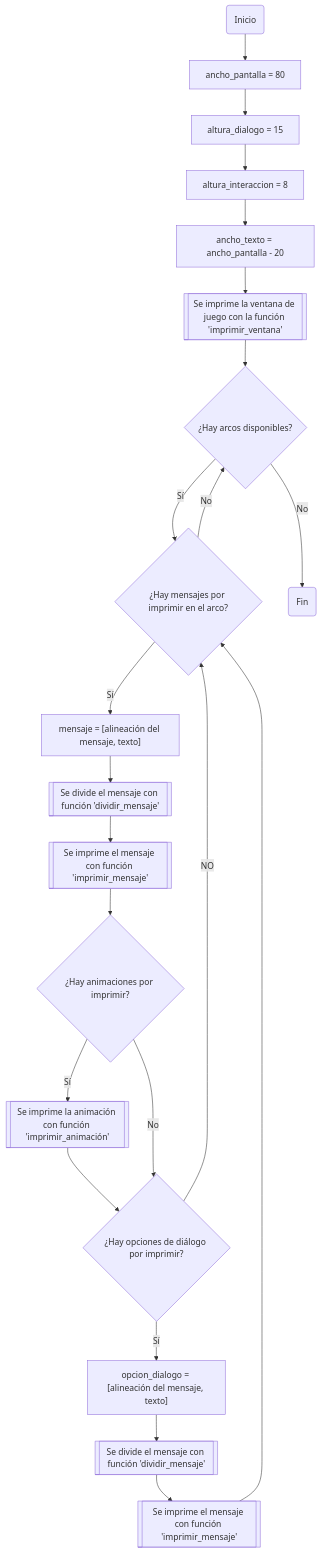
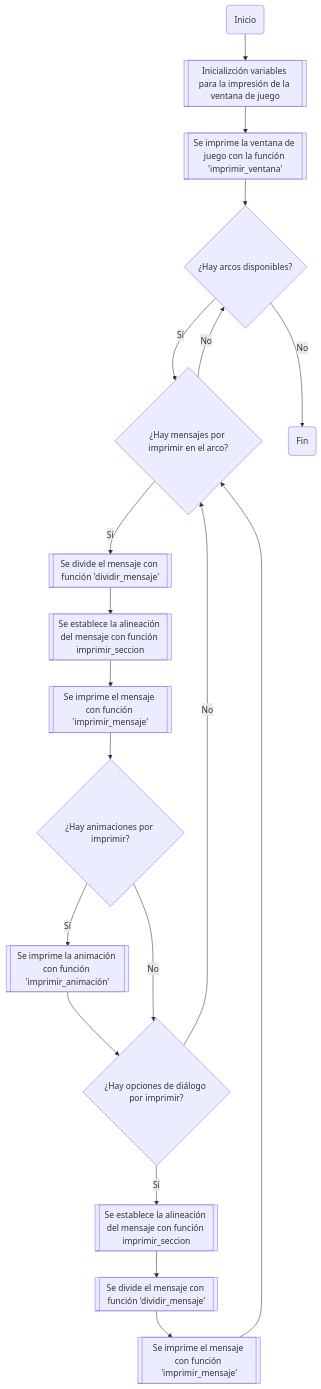
One commit to JuanJoToAl/Juego---Los_vivos_mienten changed the first of 10 diagrams in README.md. Above: the diagram before and after it, drawn with Mermaid. The commit also changed other lines of this file, not shown here.

````diff
--- a/README.md
+++ b/README.md
@@ -14,24 +18,21 @@
 ```mermaid
-flowchart TD
-    A(Inicio) --> B
-    B[ancho_pantalla = 80] -->C[altura_dialogo = 15]
-    C --> D[altura_interaccion = 8]
-    D --> E[ancho_texto = ancho_pantalla - 20]
-    E --> F[["Se imprime la ventana de juego con la función 'imprimir_ventana'"]]
-    F --> G{¿Hay arcos disponibles?}
-    G -- Sí --> H{¿Hay mensajes por imprimir en el arco?}
-        H -- Sí --> I["mensaje = [alineación del mensaje, texto]"]
-            I --> J[["Se divide el mensaje con función 'dividir_mensaje'"]]
-            J --> K[["Se imprime el mensaje con función 'imprimir_mensaje'"]]
-            K --> L{¿Hay animaciones por imprimir?}
-                L -- Sí --> M[["Se imprime la animación con función 'imprimir_animación'"]]
-                    M --> N{¿Hay opciones de diálogo por imprimir?}
-                    N -- Sí --> O["opcion_dialogo = [alineación del mensaje, texto]"]
-                        O --> P[["Se divide el mensaje con función 'dividir_mensaje'"]]
-                        P --> Q[["Se imprime el mensaje con función 'imprimir_mensaje'"]]
-                        Q --> H
-                    N -- NO --> H
-                L -- No --> N
-        H -- No --> G
-    G -- No --> R(Fin)
+flowchart TB
+    A(Inicio) --> B[[Inicializción variables para la impresión de la ventana de juego]]
+    B --> C[["Se imprime la ventana de juego con la función 'imprimir_ventana'"]]
+    C --> D{¿Hay arcos disponibles?}
+    D-- Sí --> F{¿Hay mensajes por imprimir en el arco?}
+        F -- Sí --> G[["Se divide el mensaje con función 'dividir_mensaje'"]]
+            G --> H[[Se establece la alineación del mensaje con función imprimir_seccion]]
+            H --> I[["Se imprime el mensaje con función 'imprimir_mensaje'"]]
+            I --> J{¿Hay animaciones por imprimir?}
+            J -- Sí --> K[["Se imprime la animación con función 'imprimir_animación'"]]
+                K --> L{¿Hay opciones de diálogo por imprimir?}
+                L -- Sí --> M[[Se establece la alineación del mensaje con función imprimir_seccion]]
+                    M --> N[["Se divide el mensaje con función 'dividir_mensaje'"]]
+                    N --> O[["Se imprime el mensaje con función 'imprimir_mensaje'"]]
+                    O --> F
+                L -- No --> F
+            J -- No --> L
+        F -- No --> D
+    D -- No --> Z(Fin)
 ```
````
